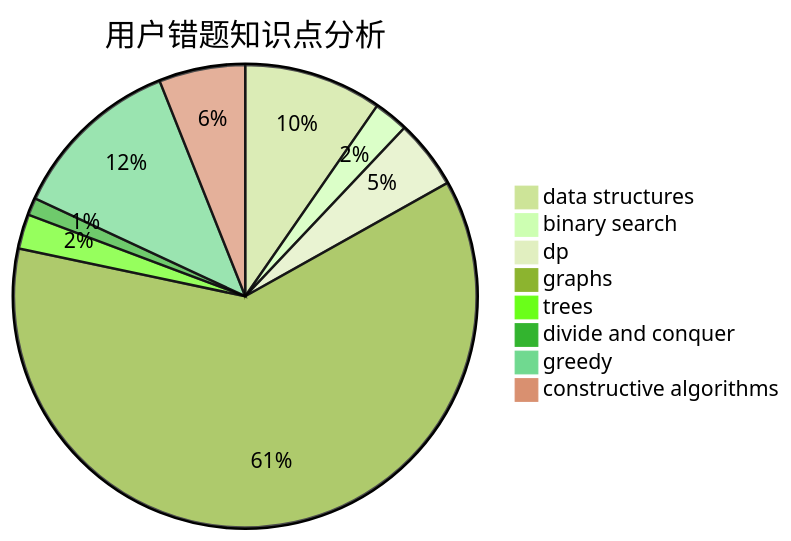
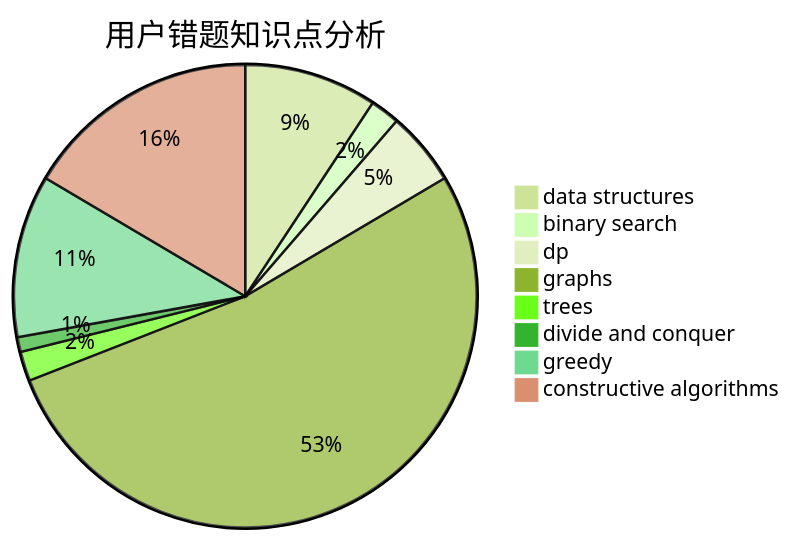
The third of 3 diagrams in docs/user/u2741.md (sherpahu/cfrs.github.io), drawn with Mermaid (forest theme) before and after one commit. The commit also changed other lines of this file and 2770 other files, not shown here.

````diff
--- a/docs/user/u2741.md
+++ b/docs/user/u2741.md
@@ -36,11 +36,11 @@
 ```mermaid
 pie title 用户错题知识点分析
-    "data structures" :  8
+    "data structures" :  9
     "binary search" :  2
-    "dp" :  4
+    "dp" :  5
     "graphs" :  51
     "trees" :  2
     "divide and conquer" :  1
-    "greedy" :  10
-    "constructive algorithms" :  5
+    "greedy" :  11
+    "constructive algorithms" :  16
 ```
````
